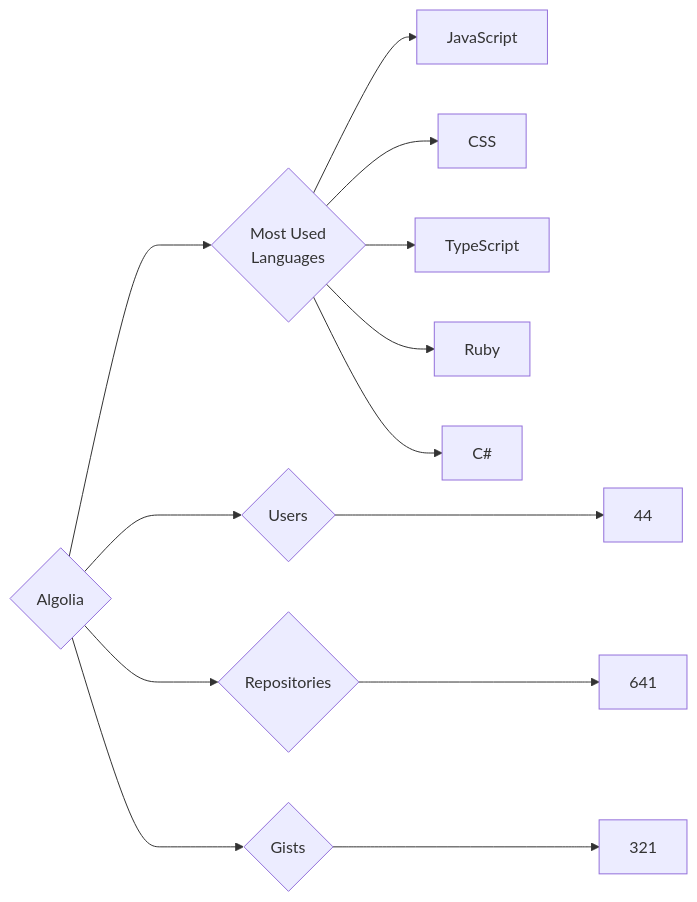
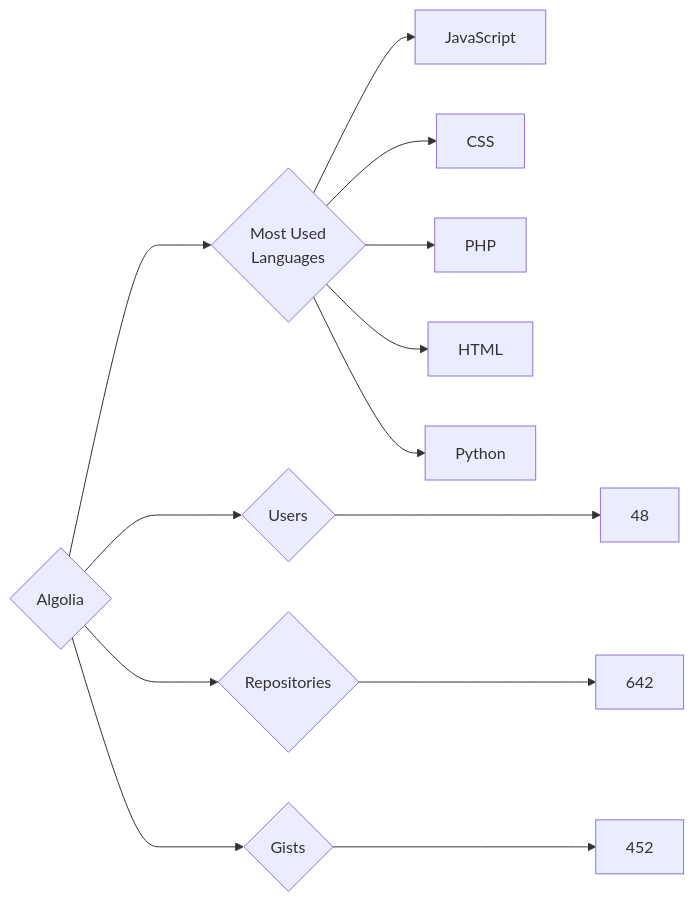
Before and after one commit to trickest/insiders: the diagram in targets/Algolia/README.md, drawn with Mermaid. The commit also changed 699 other files, not shown here.

````diff
--- a/targets/Algolia/README.md
+++ b/targets/Algolia/README.md
@@ -3,13 +3,13 @@
 ```mermaid
 graph LR
 COMPANY_NAME{Algolia}
-COMPANY_NAME ---> U{Users} ---> UN[44]
-COMPANY_NAME ---> R{Repositories} ---> RN[641]
-COMPANY_NAME ---> G{Gists} ---> GN[321]
+COMPANY_NAME ---> U{Users} ---> UN[48]
+COMPANY_NAME ---> R{Repositories} ---> RN[642]
+COMPANY_NAME ---> G{Gists} ---> GN[452]
 COMPANY_NAME ---> ML{Most Used<br>Languages}
 ML --> JavaScript[JavaScript]
 ML --> CSS[CSS]
-ML --> TypeScript[TypeScript]
-ML --> Ruby[Ruby]
-ML --> C#[C#]
+ML --> PHP[PHP]
+ML --> HTML[HTML]
+ML --> Python[Python]
 ```
````
